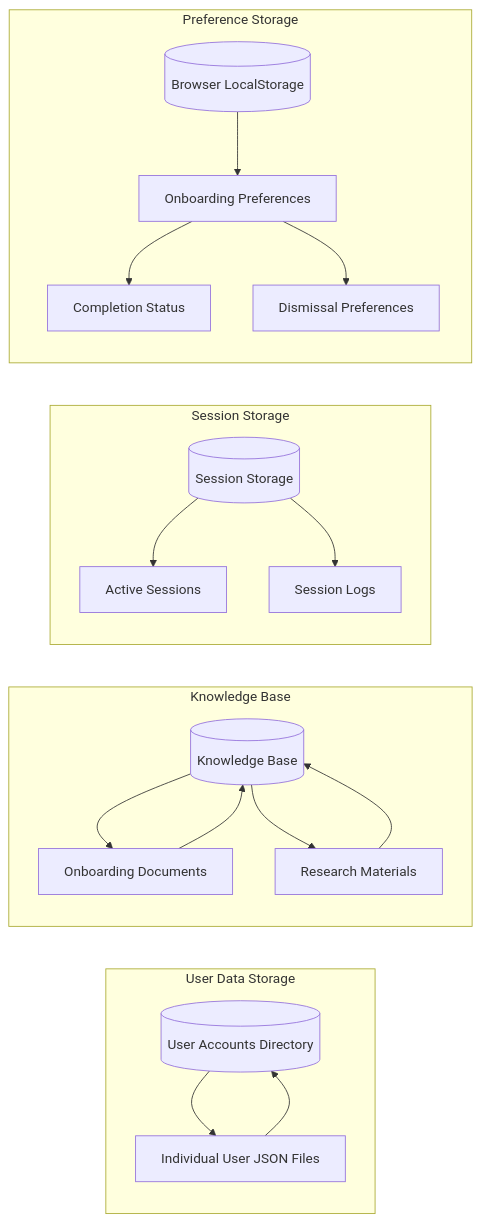
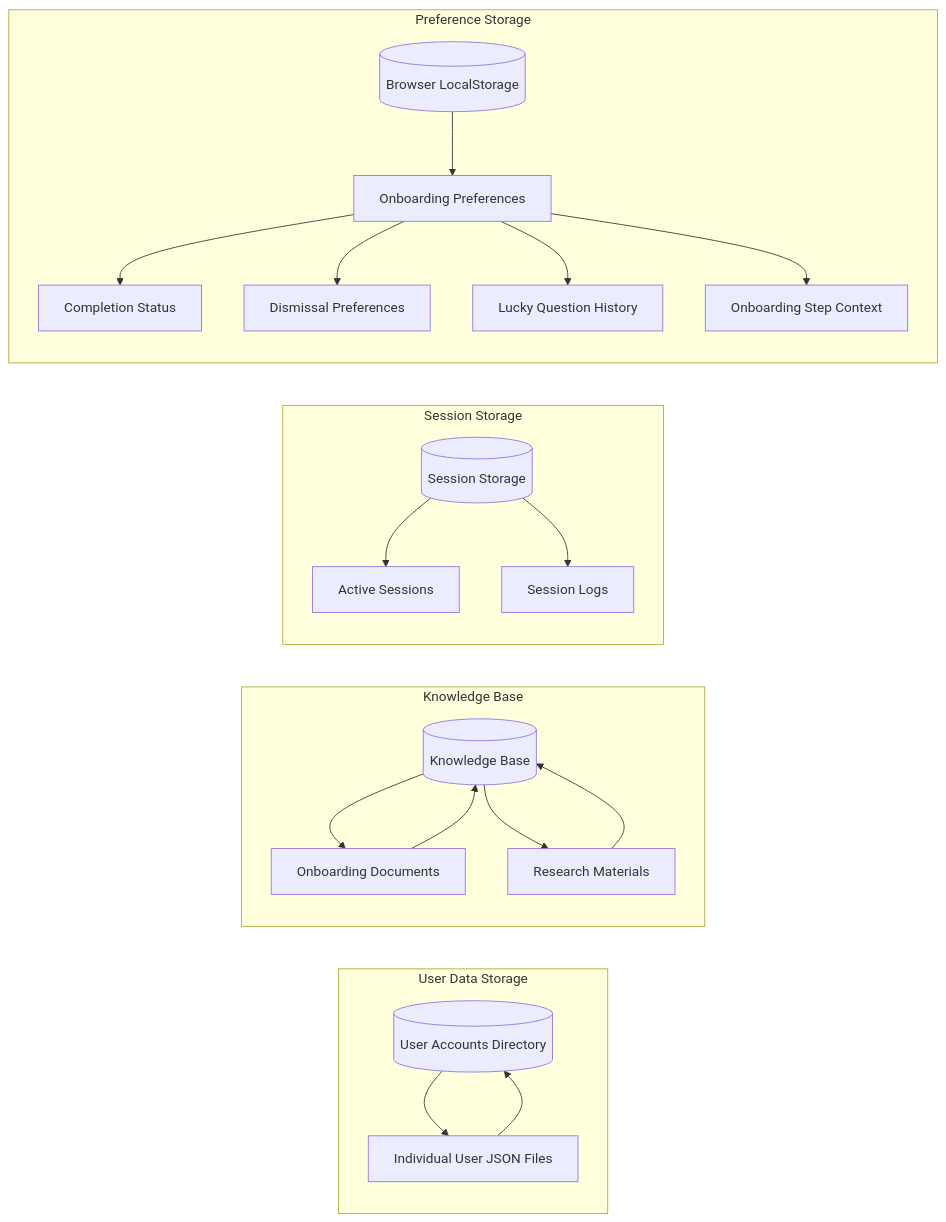
Before and after one commit to intellistream/sage-mate: the fifth of 5 diagrams in .qoder/repowiki/en/content/Core Components/User Onboarding System.md, drawn with Mermaid. The commit also changed other lines of this file and 121 other files, not shown here.

````diff
--- a/.qoder/repowiki/en/content/Core Components/User Onboarding System.md
+++ b/.qoder/repowiki/en/content/Core Components/User Onboarding System.md
@@ -257,34 +289,38 @@
 ```mermaid
 graph LR
 subgraph "User Data Storage"
 UserAccounts[(User Accounts Directory)]
 UserData[Individual User JSON Files]
 UserAccounts --> UserData
 end
 subgraph "Knowledge Base"
 KB[(Knowledge Base)]
 OnboardingDocs[Onboarding Documents]
 ResearchDocs[Research Materials]
 KB --> OnboardingDocs
 KB --> ResearchDocs
 end
 subgraph "Session Storage"
 Sessions[(Session Storage)]
 ActiveSessions[Active Sessions]
 SessionLogs[Session Logs]
 Sessions --> ActiveSessions
 Sessions --> SessionLogs
 end
 subgraph "Preference Storage"
 LocalStorage[(Browser LocalStorage)]
 OnboardingPrefs[Onboarding Preferences]
 CompletionPrefs[Completion Status]
 DismissalPrefs[Dismissal Preferences]
+LuckyQuestionHistory[Lucky Question History]
+OnboardingStepContext[Onboarding Step Context]
 LocalStorage --> OnboardingPrefs
 OnboardingPrefs --> CompletionPrefs
 OnboardingPrefs --> DismissalPrefs
+OnboardingPrefs --> LuckyQuestionHistory
+OnboardingPrefs --> OnboardingStepContext
 end
 UserData --> UserAccounts
 OnboardingDocs --> KB
 ResearchDocs --> KB
 ```
````
